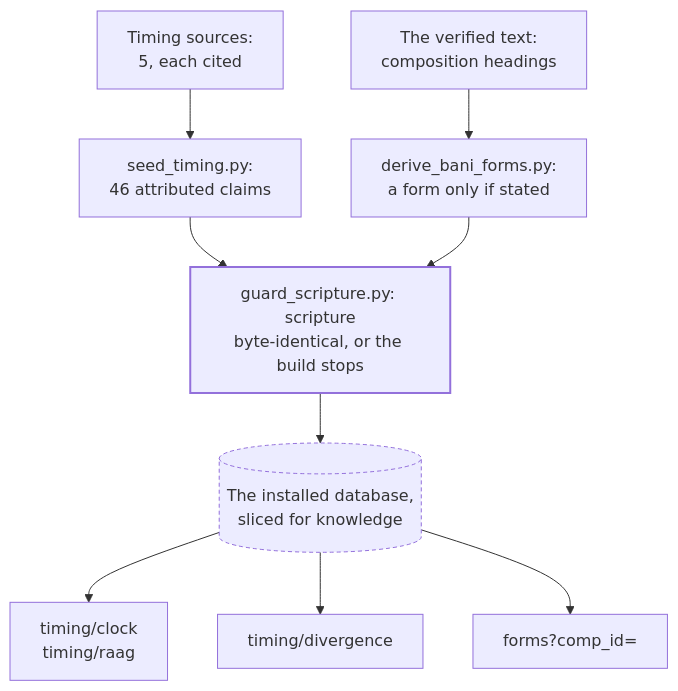
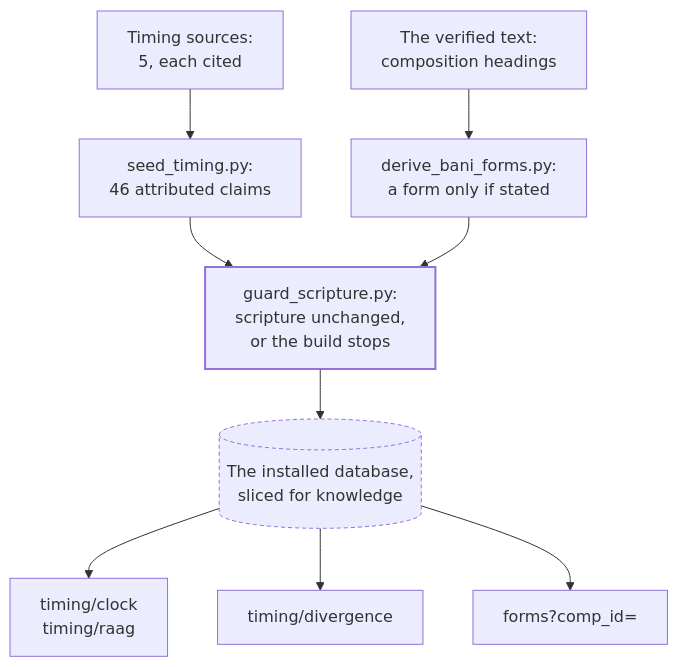
Before and after one commit to Algorythmos-AI/sggs-platform: the diagram in docs/architecture/knowledge-context.md, drawn with Mermaid.

Commit message:
docs(wiki): shorter gate label in the knowledge-context diagram

````diff
--- a/docs/architecture/knowledge-context.md
+++ b/docs/architecture/knowledge-context.md
@@ -25,17 +25,17 @@
 ```mermaid
 flowchart TB
     accTitle: Timing claims and forms are built from cited sources and headings, then served read-only
     accDescr: In sggs-data, seed_timing.py loads timing claims, each tied to a cited source, and derive_bani_forms.py reads composition headings from the verified text and records a form only when a heading states it. guard_scripture.py proves the scripture tables are byte-identical before and after, or the build stops. The knowledge service reads the seven declared tables and answers four routes: the clock, one raag, the divergences, and one composition's forms.
     src[Timing sources:<br/>5, each cited] --> seed[seed_timing.py:<br/>46 attributed claims]
     txt[The verified text:<br/>composition headings] --> der[derive_bani_forms.py:<br/>a form only if stated]
-    seed --> g[guard_scripture.py: scripture<br/>byte-identical, or the build stops]
+    seed --> g[guard_scripture.py:<br/>scripture unchanged,<br/>or the build stops]
     der --> g
     g --> db[(The installed database,<br/>sliced for knowledge)]
     db --> clock[timing/clock<br/>timing/raag]
     db --> div[timing/divergence]
     db --> forms[forms?comp_id=]
     class g gate
     class db store
     classDef gate stroke-width: 2px
     classDef store stroke-dasharray: 4 3
 ```
````
